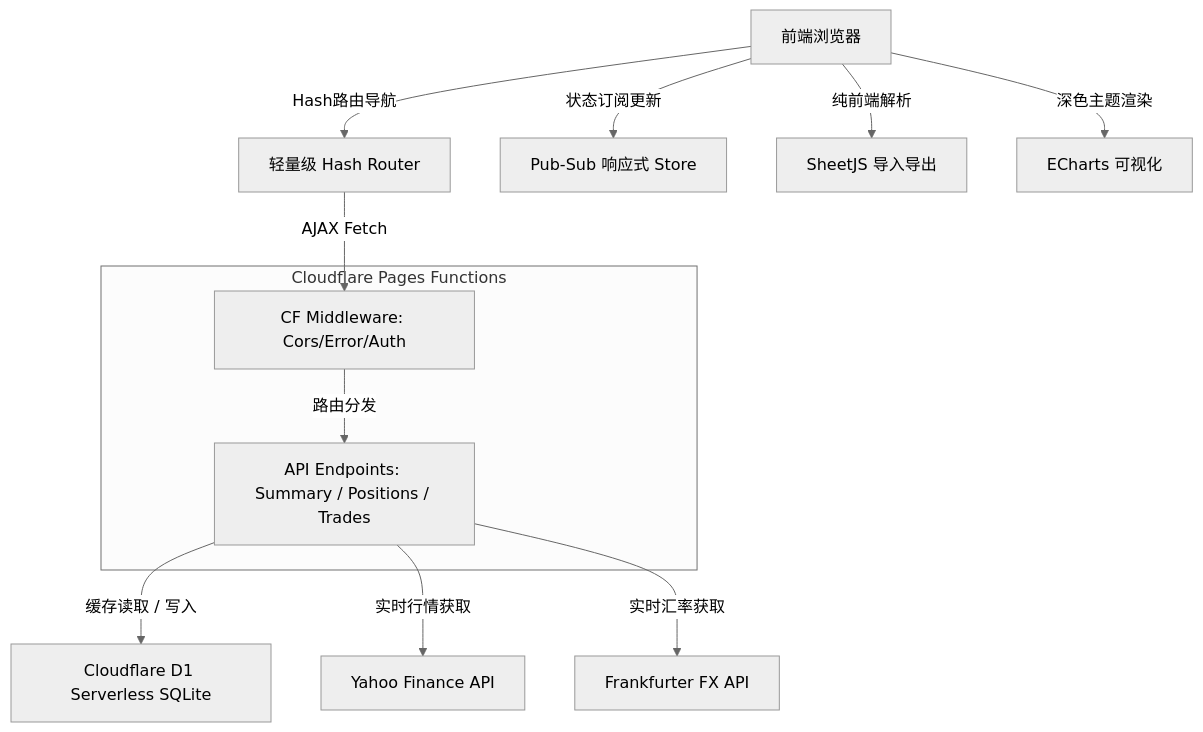
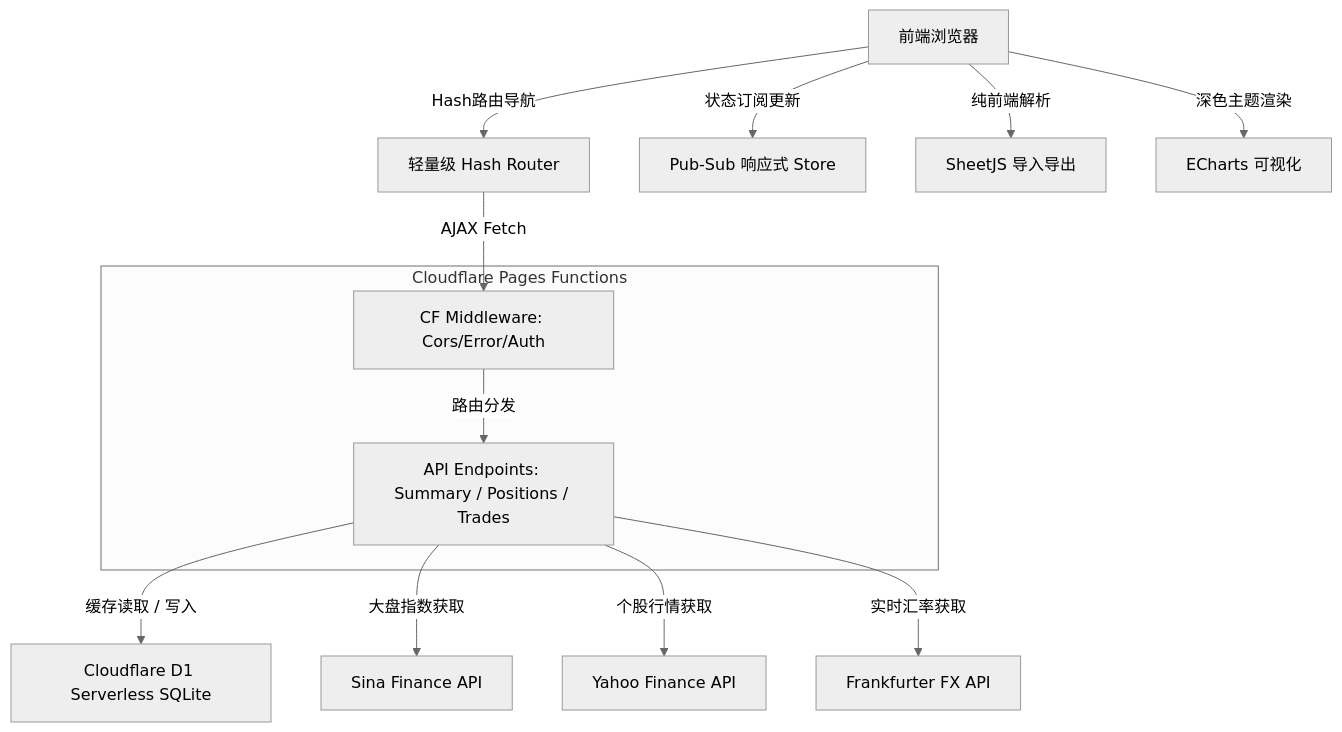
The diagram in README.md (SnowHidesEgret/finance), drawn with Mermaid (neutral theme) before and after one commit. The commit also changed other lines of this file, not shown here.

````diff
--- a/README.md
+++ b/README.md
@@ -43,17 +43,18 @@
 ```mermaid
 graph TD
     SubGraph_Client[前端浏览器] -->|Hash路由导航| Router[轻量级 Hash Router]
     SubGraph_Client -->|状态订阅更新| Store[Pub-Sub 响应式 Store]
     SubGraph_Client -->|纯前端解析| SheetJS[SheetJS 导入导出]
     SubGraph_Client -->|深色主题渲染| ECharts[ECharts 可视化]
     
     Router -->|AJAX Fetch| Middleware[CF Middleware: Cors/Error/Auth]
     
     subgraph Cloudflare Pages Functions
         Middleware -->|路由分发| API[API Endpoints: Summary / Positions / Trades]
     end
     
     API -->|缓存读取 / 写入| D1[Cloudflare D1 Serverless SQLite]
-    API -->|实时行情获取| Yahoo[Yahoo Finance API]
+    API -->|大盘指数获取| Sina[Sina Finance API]
+    API -->|个股行情获取| Yahoo[Yahoo Finance API]
     API -->|实时汇率获取| Frankfurter[Frankfurter FX API]
 ```
````
